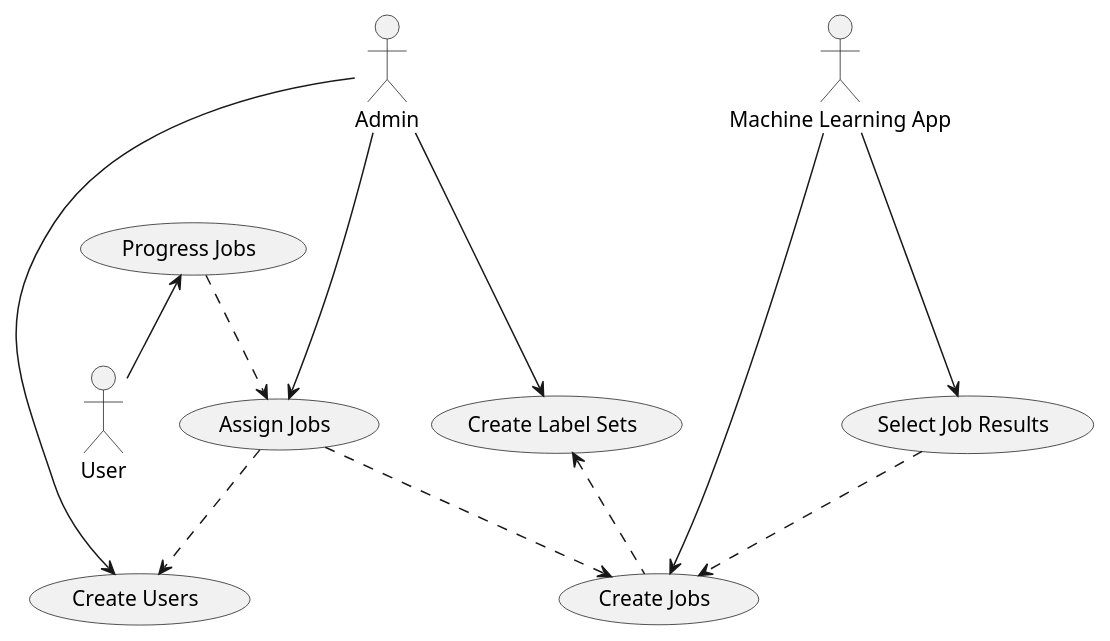
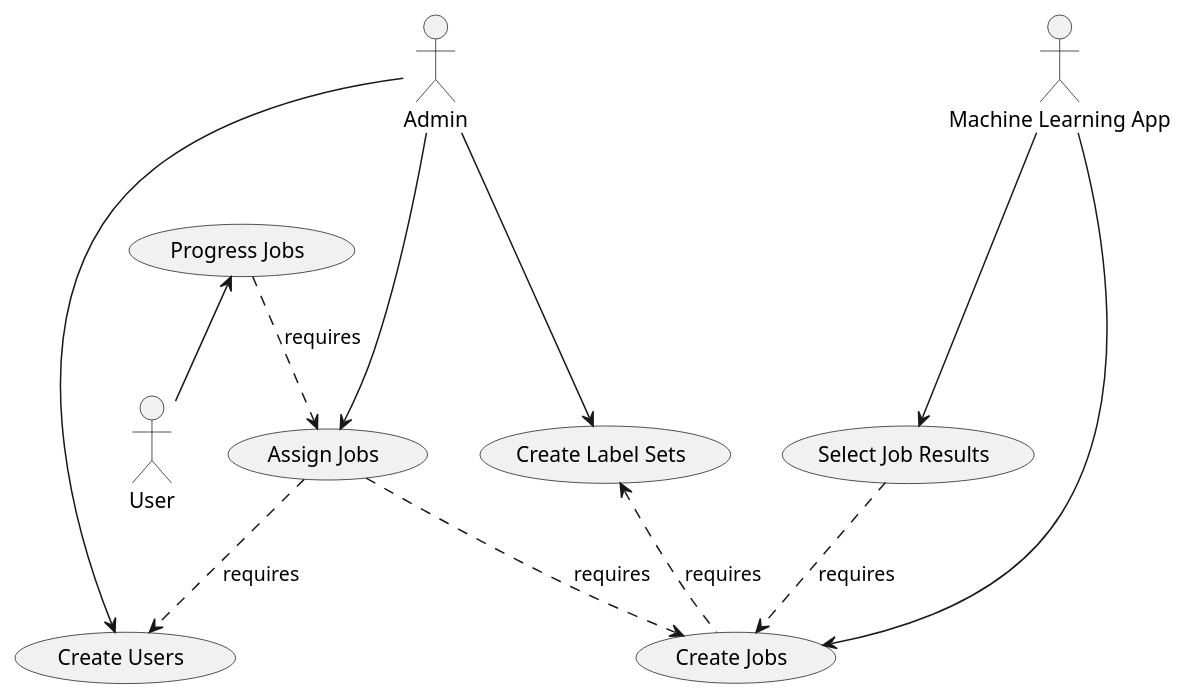
One commit to BigNerd/dblit changed the diagram in doc/plantuml/use-cases.puml. Above: the diagram before and after it, drawn with PlantUML. The commit also changed 1 other file, not shown here.

```diff
--- a/doc/plantuml/use-cases.puml
+++ b/doc/plantuml/use-cases.puml
@@ -1,34 +1,35 @@
 @startuml
 
 ' actors
 
 :Admin: as Admin
 :User: as User
 :ML: as "Machine Learning App"
 
 ' use cases
 
 (Create Users) as (create_users)
 (Create Label Sets) as (create_label_sets)
 (Create Jobs) as (create_jobs)
 (Assign Jobs) as (assign_jobs)
 (Progress Jobs) as (progress_jobs)
 (Select Job Results) as (select_job_results)
 
 ' dependency relationships
-(create_jobs) .up.> (create_label_sets)
-(assign_jobs) ..> (create_users)
-(assign_jobs) ..> (create_jobs)
-(progress_jobs) ..> (assign_jobs)
-(select_job_results) ..> (create_jobs)
+
+(create_jobs) .up.> (create_label_sets) : requires
+(assign_jobs) ..> (create_users) : requires
+(assign_jobs) ..> (create_jobs) : requires
+(progress_jobs) ..> (assign_jobs) : requires
+(select_job_results) ..> (create_jobs) : requires
 
 ' usage relationships
 
 Admin ---> (create_users)
 Admin ---> (create_label_sets)
 ML ---> (create_jobs)
 Admin ---> (assign_jobs)
 User -up-> (progress_jobs)
 ML ---> (select_job_results)
 
 @enduml
```
